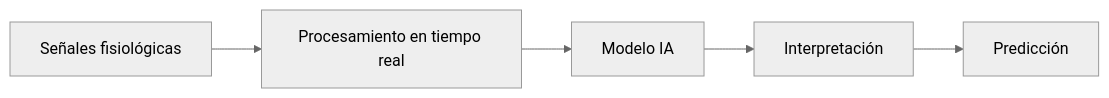
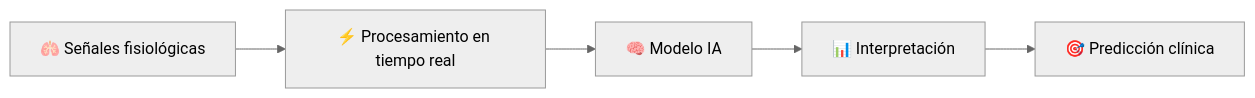
One commit to Csav20/Vo2Smart-Interfaz changed the first of 4 diagrams in README.md. Above: the diagram before and after it, drawn with Mermaid (neutral theme). The commit also changed other lines of this file and 3 other files, not shown here.

````diff
--- a/README.md
+++ b/README.md
@@ -105,7 +66,7 @@
 ```mermaid
 flowchart LR
-A[Señales fisiológicas] --> B[Procesamiento en tiempo real]
-B --> C[Modelo IA]
-C --> D[Interpretación]
-D --> E[Predicción]
+    A[🫁 Señales fisiológicas] --> B[⚡ Procesamiento en tiempo real]
+    B --> C[🧠 Modelo IA]
+    C --> D[📊 Interpretación]
+    D --> E[🎯 Predicción clínica]
 ```
````
